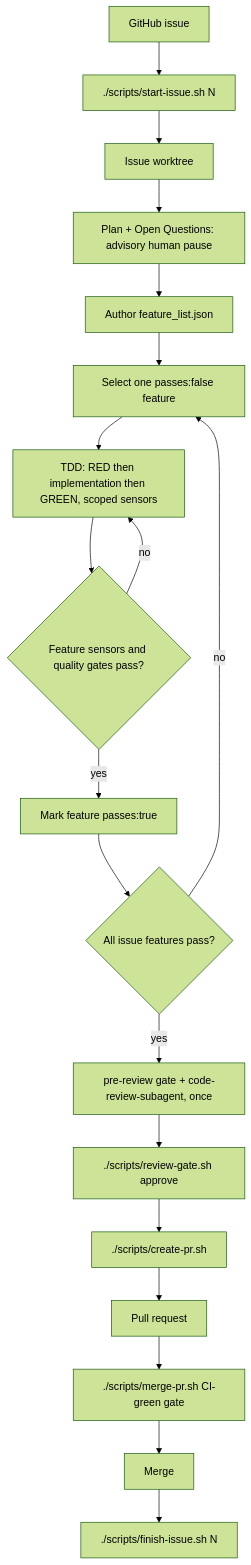
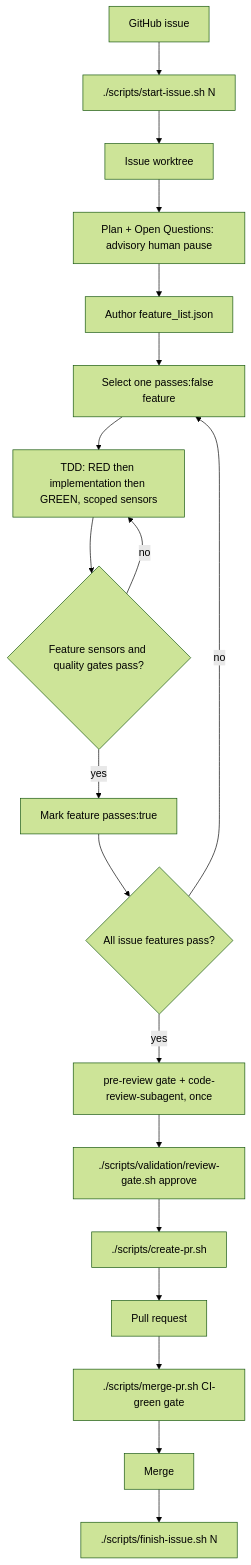
The diagram in docs/HARNESS.md (weijen/agent-delivery-harness), drawn with Mermaid (forest theme) before and after one commit. The commit also changed other lines of this file and 124 other files, not shown here.

````diff
--- a/docs/HARNESS.md
+++ b/docs/HARNESS.md
@@ -85,21 +97,21 @@
 ```mermaid
 flowchart TD
   A[GitHub issue] --> B[./scripts/start-issue.sh N]
   B --> C[Issue worktree]
   C --> HG[Plan + Open Questions: advisory human pause]
   HG --> D[Author feature_list.json]
   D --> E[Select one passes:false feature]
   E --> F[TDD: RED then implementation then GREEN, scoped sensors]
   F --> H{Feature sensors and quality gates pass?}
   H -- no --> F
   H -- yes --> I[Mark feature passes:true]
   I --> J{All issue features pass?}
   J -- no --> E
   J -- yes --> K[pre-review gate + code-review-subagent, once]
-  K --> L[./scripts/review-gate.sh approve]
+  K --> L[./scripts/validation/review-gate.sh approve]
   L --> M[./scripts/create-pr.sh]
   M --> N[Pull request]
   N --> Q[./scripts/merge-pr.sh CI-green gate]
   Q --> O[Merge]
   O --> P[./scripts/finish-issue.sh N]
 ```
````
